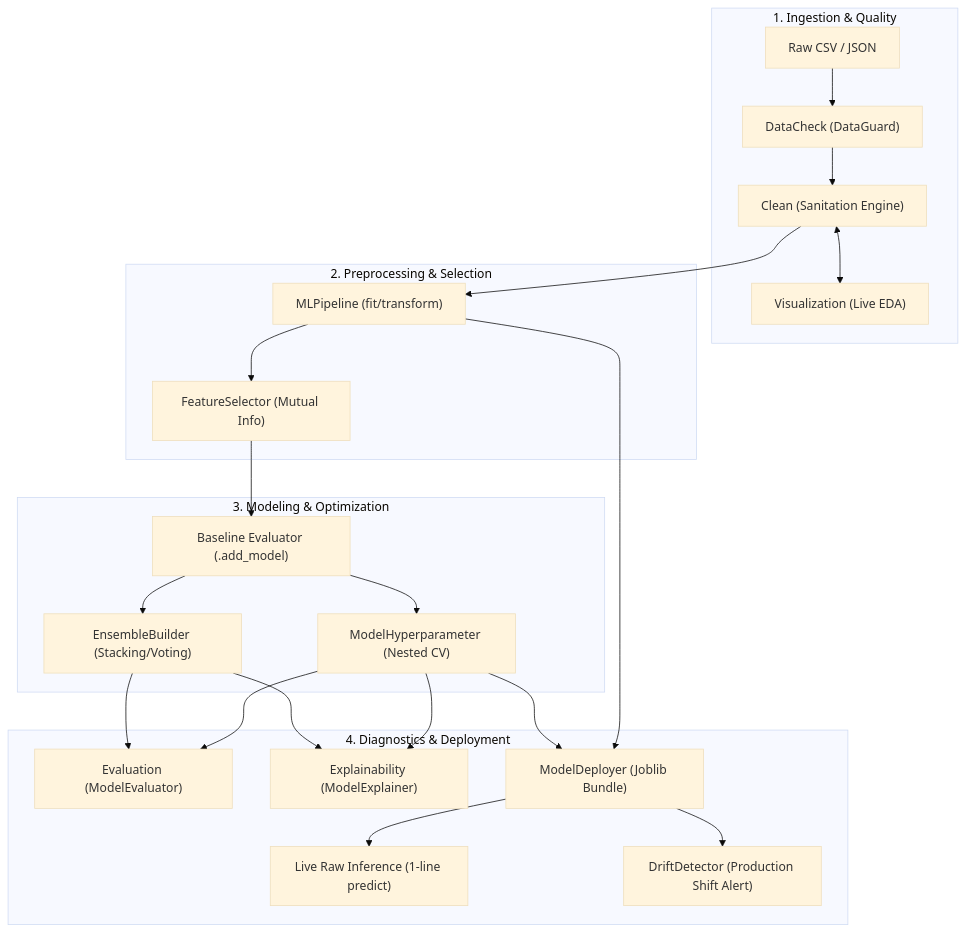
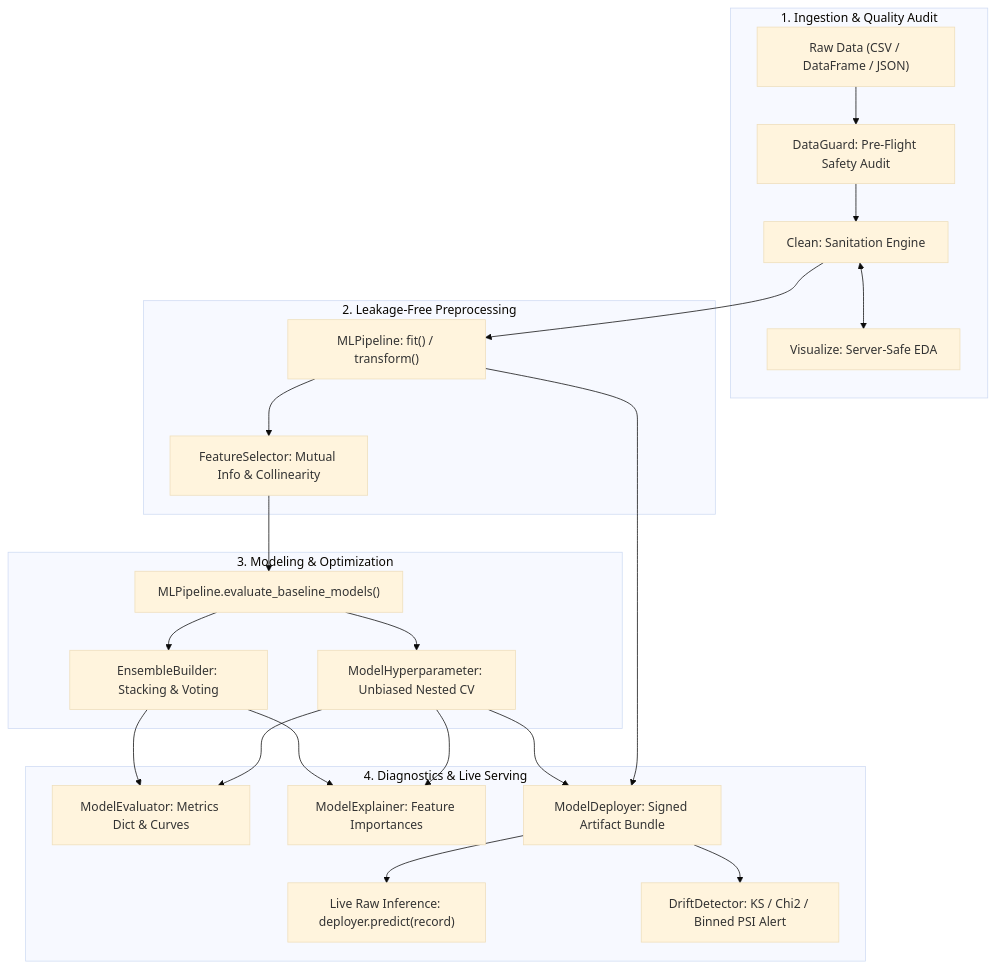
Before and after one commit to Uwais-ML/Serverlex: the diagram in README.md, drawn with Mermaid (base theme). The commit also changed other lines of this file, not shown here.

Commit message:
docs: comprehensive README with architecture, production features, module guides, and benchmarks

````diff
--- a/README.md
+++ b/README.md
@@ -37,27 +42,27 @@
 ```mermaid
 flowchart TD
-    subgraph 1. Ingestion & Quality
-        A["Raw CSV / JSON"] --> B["DataCheck (DataGuard)"]
-        B --> C["Clean (Sanitation Engine)"]
-        C <--> D["Visualization (Live EDA)"]
+    subgraph 1. Ingestion & Quality Audit
+        A["Raw Data (CSV / DataFrame / JSON)"] --> B["DataGuard: Pre-Flight Safety Audit"]
+        B --> C["Clean: Sanitation Engine"]
+        C <--> D["Visualize: Server-Safe EDA"]
     end
 
-    subgraph 2. Preprocessing & Selection
-        C --> E["MLPipeline (fit/transform)"]
-        E --> F["FeatureSelector (Mutual Info)"]
+    subgraph 2. Leakage-Free Preprocessing
+        C --> E["MLPipeline: fit() / transform()"]
+        E --> F["FeatureSelector: Mutual Info & Collinearity"]
     end
 
     subgraph 3. Modeling & Optimization
-        F --> G["Baseline Evaluator (.add_model)"]
-        G --> H["ModelHyperparameter (Nested CV)"]
-        G --> I["EnsembleBuilder (Stacking/Voting)"]
+        F --> G["MLPipeline.evaluate_baseline_models()"]
+        G --> H["ModelHyperparameter: Unbiased Nested CV"]
+        G --> I["EnsembleBuilder: Stacking & Voting"]
     end
 
-    subgraph 4. Diagnostics & Deployment
-        H & I --> J["Evaluation (ModelEvaluator)"]
-        H & I --> K["Explainability (ModelExplainer)"]
-        E & H --> L["ModelDeployer (Joblib Bundle)"]
-        L --> M["Live Raw Inference (1-line predict)"]
-        L --> N["DriftDetector (Production Shift Alert)"]
+    subgraph 4. Diagnostics & Live Serving
+        H & I --> J["ModelEvaluator: Metrics Dict & Curves"]
+        H & I --> K["ModelExplainer: Feature Importances"]
+        E & H --> L["ModelDeployer: Signed Artifact Bundle"]
+        L --> M["Live Raw Inference: deployer.predict(record)"]
+        L --> N["DriftDetector: KS / Chi2 / Binned PSI Alert"]
     end
 ```
````
